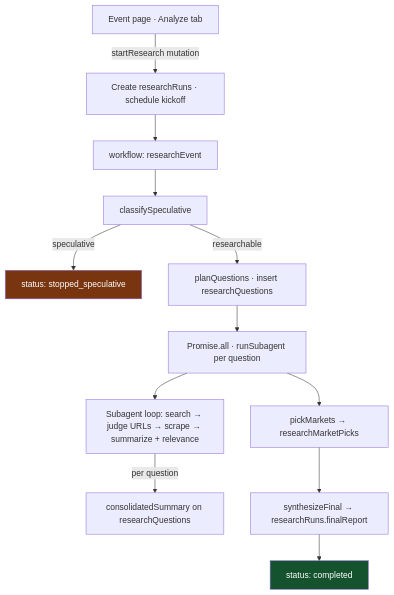
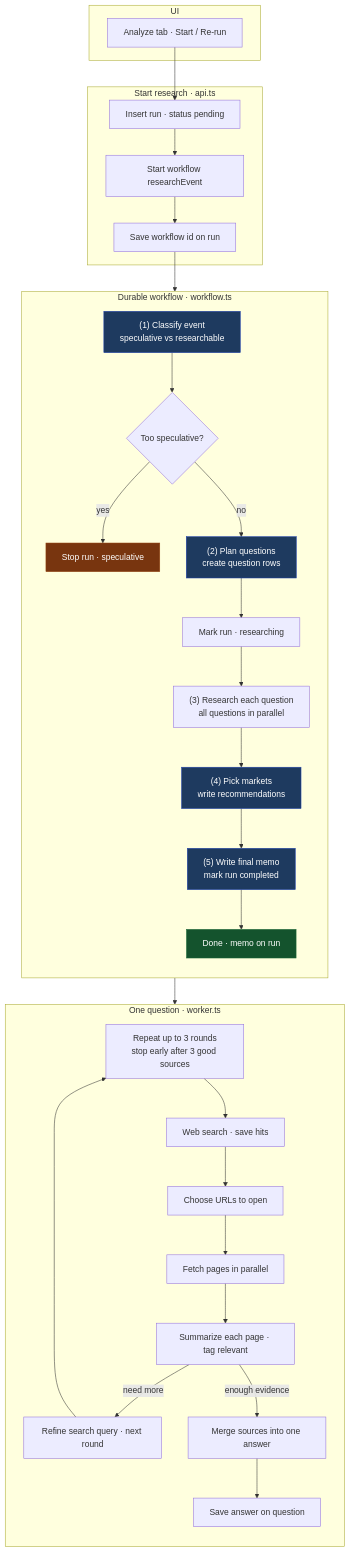
Before and after one commit to Spagestic/aperture: the diagram in README.md, drawn with Mermaid.

Commit message:
Refactor workflow diagram in README.md for clarity and detail

````diff
--- a/README.md
+++ b/README.md
@@ -13,17 +13,56 @@
 ```mermaid
 flowchart TD
-  UI["Event page · Analyze tab"] -->|startResearch mutation| Run["Create researchRuns · schedule kickoff"]
-  Run --> WF["workflow: researchEvent"]
-  WF --> C["classifySpeculative"]
-  C -->|speculative| Stop["status: stopped_speculative"]
-  C -->|researchable| P["planQuestions · insert researchQuestions"]
-  P --> Fan["Promise.all · runSubagent per question"]
-  Fan --> Sub["Subagent loop: search → judge URLs → scrape → summarize + relevance"]
-  Sub -->|per question| Q["consolidatedSummary on researchQuestions"]
-  Fan --> M["pickMarkets → researchMarketPicks"]
-  M --> F["synthesizeFinal → researchRuns.finalReport"]
-  F --> Done["status: completed"]
+  subgraph client["UI"]
+    UI["Analyze tab · Start / Re-run"]
+  end
 
-  style Stop fill:#78350f,color:#fff
-  style Done fill:#14532d,color:#fff
+  subgraph kickoff["Start research · api.ts"]
+    INS["Insert run · status pending"]
+    WSTART["Start workflow researchEvent"]
+    WID["Save workflow id on run"]
+  end
+
+  subgraph researchEvent["Durable workflow · workflow.ts"]
+    direction TB
+    C["(1) Classify event<br/>speculative vs researchable"]
+    SPEC{Too speculative?}
+    STOP["Stop run · speculative"]
+    P["(2) Plan questions<br/>create question rows"]
+    RS["Mark run · researching"]
+    FAN["(3) Research each question<br/>all questions in parallel"]
+    PM["(4) Pick markets<br/>write recommendations"]
+    SF["(5) Write final memo<br/>mark run completed"]
+    DONE["Done · memo on run"]
+  end
+
+  subgraph subagent["One question · worker.ts"]
+    direction TB
+    LOOP["Repeat up to 3 rounds<br/>stop early after 3 good sources"]
+    S1["Web search · save hits"]
+    J1["Choose URLs to open"]
+    SC["Fetch pages in parallel"]
+    SU["Summarize each page · tag relevant"]
+    FU["Refine search query · next round"]
+    CON["Merge sources into one answer"]
+    QD["Save answer on question"]
+    LOOP --> S1 --> J1 --> SC --> SU
+    SU -->|need more| FU
+    FU --> LOOP
+    SU -->|enough evidence| CON --> QD
+  end
+
+  UI --> INS --> WSTART --> WID
+  WID --> C --> SPEC
+  SPEC -->|yes| STOP
+  SPEC -->|no| P --> RS --> FAN
+  FAN --> PM --> SF --> DONE
+
+  FAN --> LOOP
+
+  classDef terminalOk fill:#14532d,color:#fff,stroke:#166534
+  classDef terminalBad fill:#78350f,color:#fff,stroke:#92400e
+  classDef durable fill:#1e3a5f,color:#fff,stroke:#1e40af
+  class STOP terminalBad
+  class DONE terminalOk
+  class C,P,PM,SF durable
 ```
````
